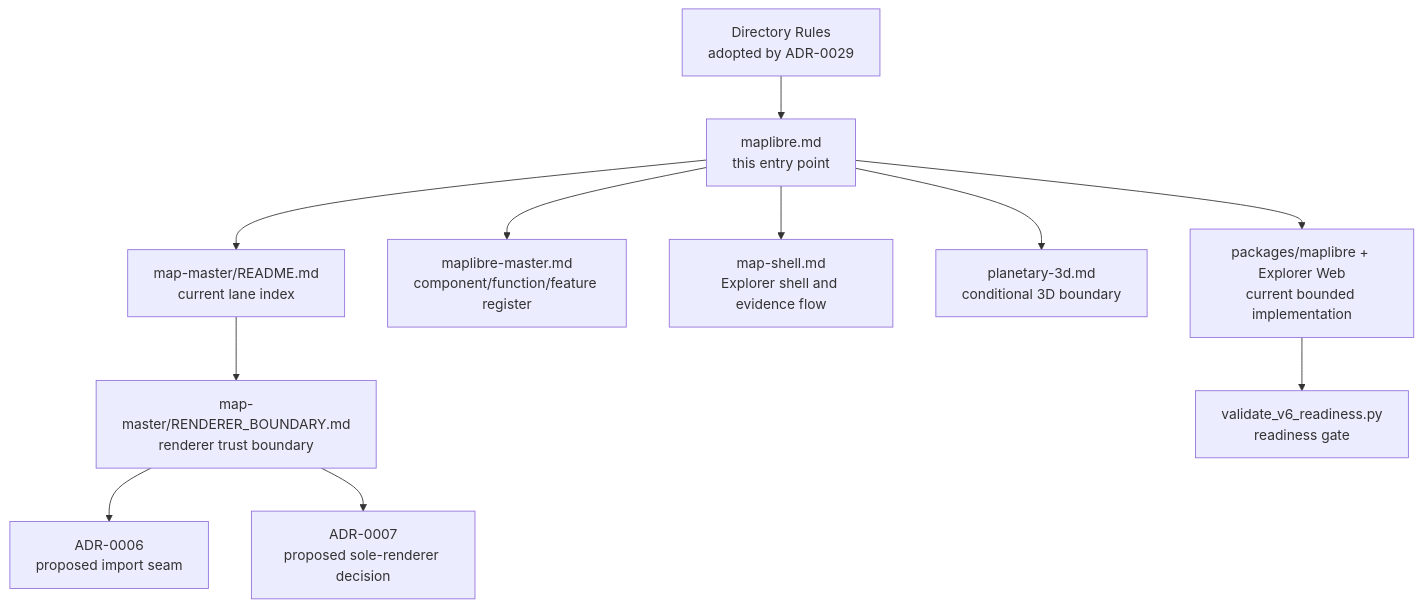
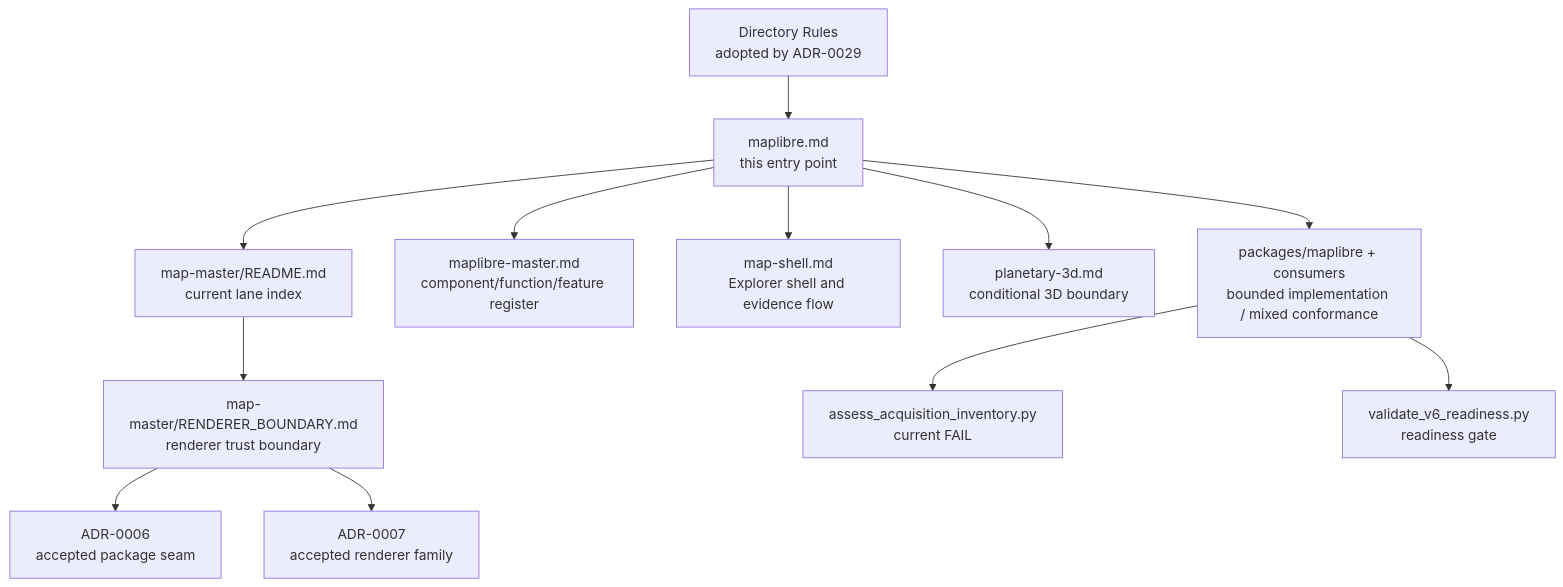
The diagram in docs/architecture/maplibre.md (bartytime4life/Kansas-Frontier-Matrix), drawn with Mermaid before and after one commit. The commit also changed other lines of this file, not shown here.

````diff
--- a/docs/architecture/maplibre.md
+++ b/docs/architecture/maplibre.md
@@ -145,25 +153,27 @@
 ```mermaid
 flowchart TD
     Entry["maplibre.md\nthis entry point"]
     Rules["Directory Rules\nadopted by ADR-0029"]
     Master["map-master/README.md\ncurrent lane index"]
     Register["maplibre-master.md\ncomponent/function/feature register"]
     Shell["map-shell.md\nExplorer shell and evidence flow"]
     Planetary["planetary-3d.md\nconditional 3D boundary"]
     Boundary["map-master/RENDERER_BOUNDARY.md\nrenderer trust boundary"]
-    ADR6["ADR-0006\nproposed import seam"]
-    ADR7["ADR-0007\nproposed sole-renderer decision"]
-    Code["packages/maplibre + Explorer Web\ncurrent bounded implementation"]
+    ADR6["ADR-0006\naccepted package seam"]
+    ADR7["ADR-0007\naccepted renderer family"]
+    Code["packages/maplibre + consumers\nbounded implementation / mixed conformance"]
+    Acquire["assess_acquisition_inventory.py\ncurrent FAIL"]
     Ready["validate_v6_readiness.py\nreadiness gate"]
 
     Rules --> Entry
     Entry --> Master
     Entry --> Register
     Entry --> Shell
     Entry --> Planetary
     Master --> Boundary
     Boundary --> ADR6
     Boundary --> ADR7
     Entry --> Code
+    Code --> Acquire
     Code --> Ready
 ```
````
